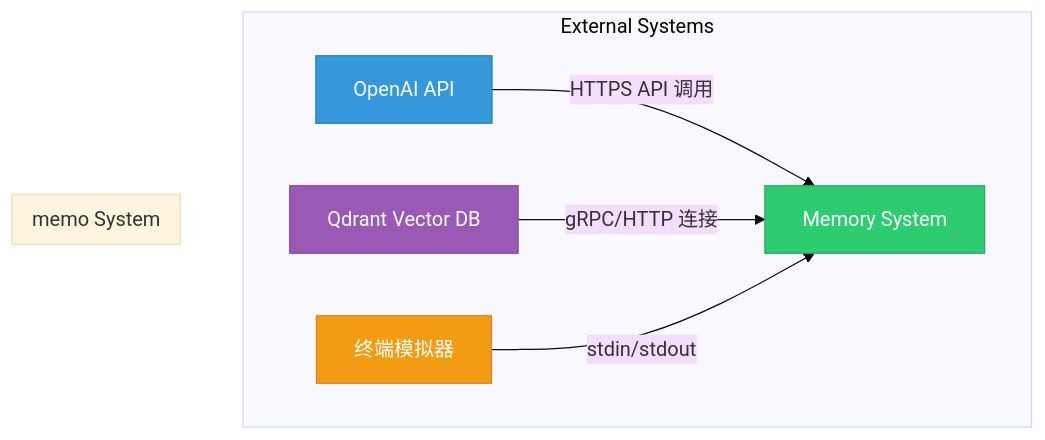
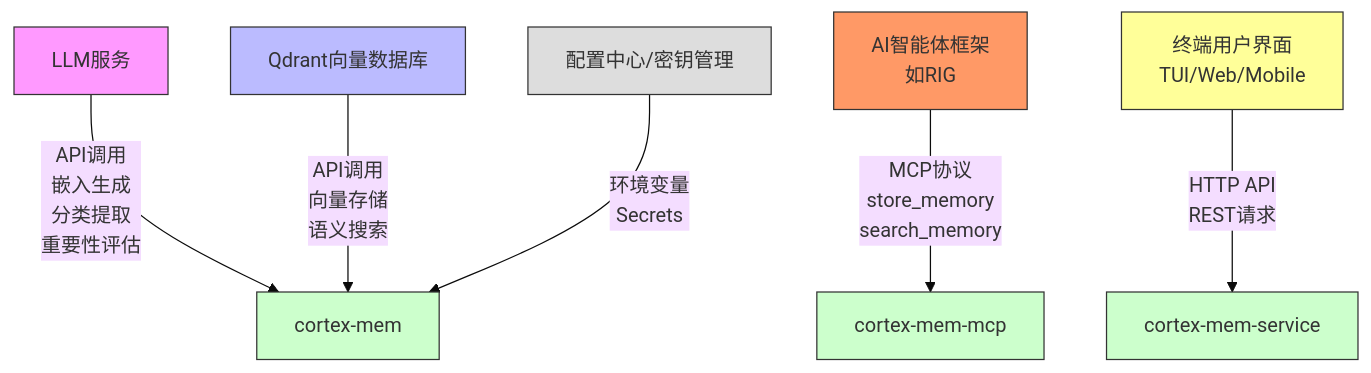
The first of 7 diagrams in litho.docs/2、架构概览.md (sopaco/cortex-mem), drawn with Mermaid (base theme) before and after one commit. The commit also changed other lines of this file and 18 other files, not shown here.

````diff
--- a/litho.docs/2、架构概览.md
+++ b/litho.docs/2、架构概览.md
@@ -71,20 +48,17 @@
 ```mermaid
 graph TD
-    subgraph External Systems
-        A[OpenAI API] -->|HTTPS API 调用| B(memo)
-        C[Qdrant Vector DB] -->|gRPC/HTTP 连接| B
-        D[终端模拟器] -->|stdin/stdout| B
-    end
+    A[LLM服务] -->|API调用<br>嵌入生成<br>分类提取<br>重要性评估| B[cortex-mem]
+    C[Qdrant向量数据库] -->|API调用<br>向量存储<br>语义搜索| B
+    D[AI智能体框架<br>如RIG] -->|MCP协议<br>store_memory<br>search_memory| E[cortex-mem-mcp]
+    F[终端用户界面<br>TUI/Web/Mobile] -->|HTTP API<br>REST请求| G[cortex-mem-service]
+    H[配置中心/密钥管理] -->|环境变量<br>Secrets| B
 
-    subgraph memo System
-        B[Memory System]
-    end
-
-    style A fill:#3498db,stroke:#2980b9,color:white
-    style C fill:#9b59b6,stroke:#8e44ad,color:white
-    style D fill:#f39c12,stroke:#e67e22,color:white
-    style B fill:#2ecc71,stroke:#27ae60,color:white
-
-    classDef external fill:#ecf0f1,stroke:#bdc3c7;
-    class A,C,D external;
+    style A fill:#f9f,stroke:#333
+    style C fill:#bbf,stroke:#333
+    style D fill:#f96,stroke:#333
+    style F fill:#ff9,stroke:#333
+    style H fill:#ddd,stroke:#333
+    style B fill:#cfc,stroke:#333
+    style E fill:#cfc,stroke:#333
+    style G fill:#cfc,stroke:#333
 ```
````
